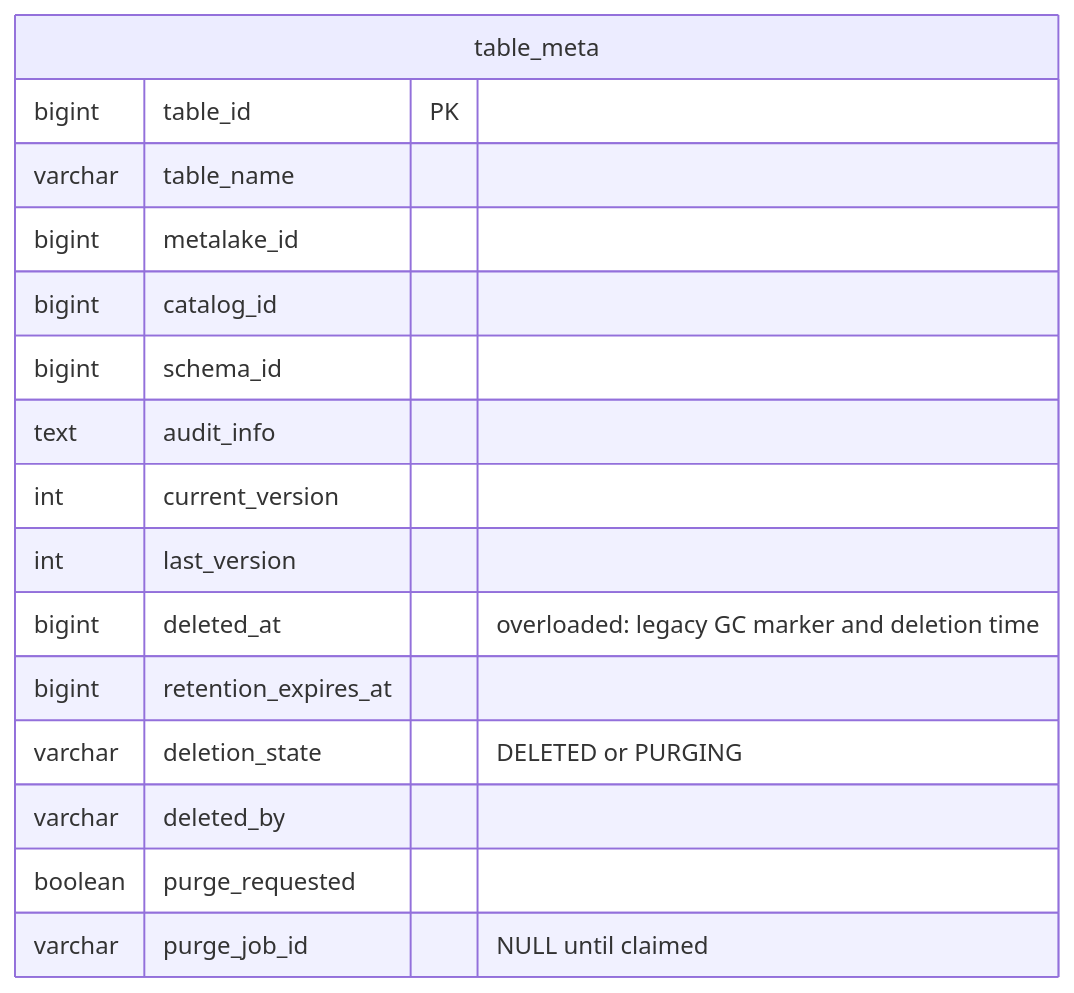
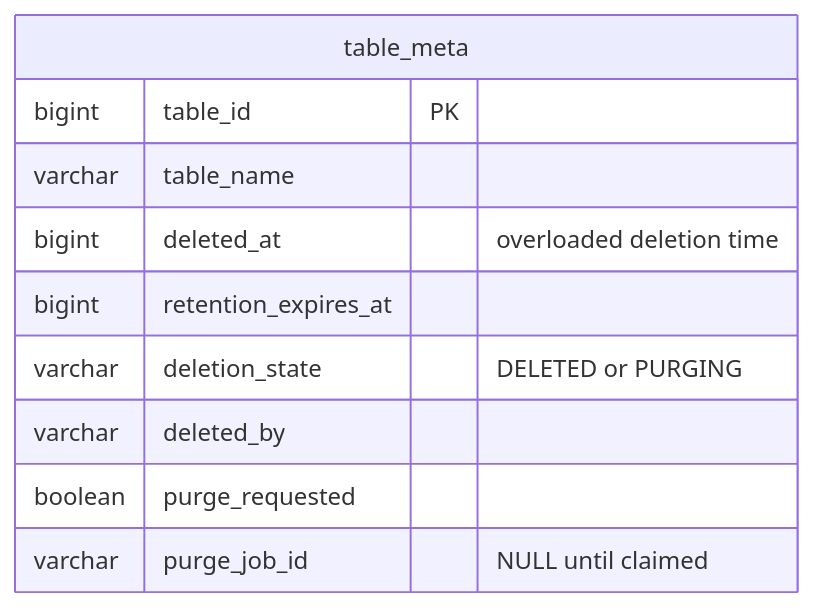
Before and after one commit to apache/gravitino: the second of 5 diagrams in design-docs/deletion-v2/iceberg-table-soft-deletion.md, drawn with Mermaid. The commit also changed other lines of this file, not shown here.

Commit message:
docs: refine Iceberg soft-deletion design

````diff
--- a/design-docs/deletion-v2/iceberg-table-soft-deletion.md
+++ b/design-docs/deletion-v2/iceberg-table-soft-deletion.md
@@ -245,19 +238,13 @@
 ```mermaid
 erDiagram
     table_meta {
         bigint table_id PK
         varchar table_name
-        bigint metalake_id
-        bigint catalog_id
-        bigint schema_id
-        text audit_info
-        int current_version
-        int last_version
-        bigint deleted_at "overloaded: legacy GC marker and deletion time"
+        bigint deleted_at "overloaded deletion time"
         bigint retention_expires_at
         varchar deletion_state "DELETED or PURGING"
         varchar deleted_by
         boolean purge_requested
         varchar purge_job_id "NULL until claimed"
     }
 ```
````
